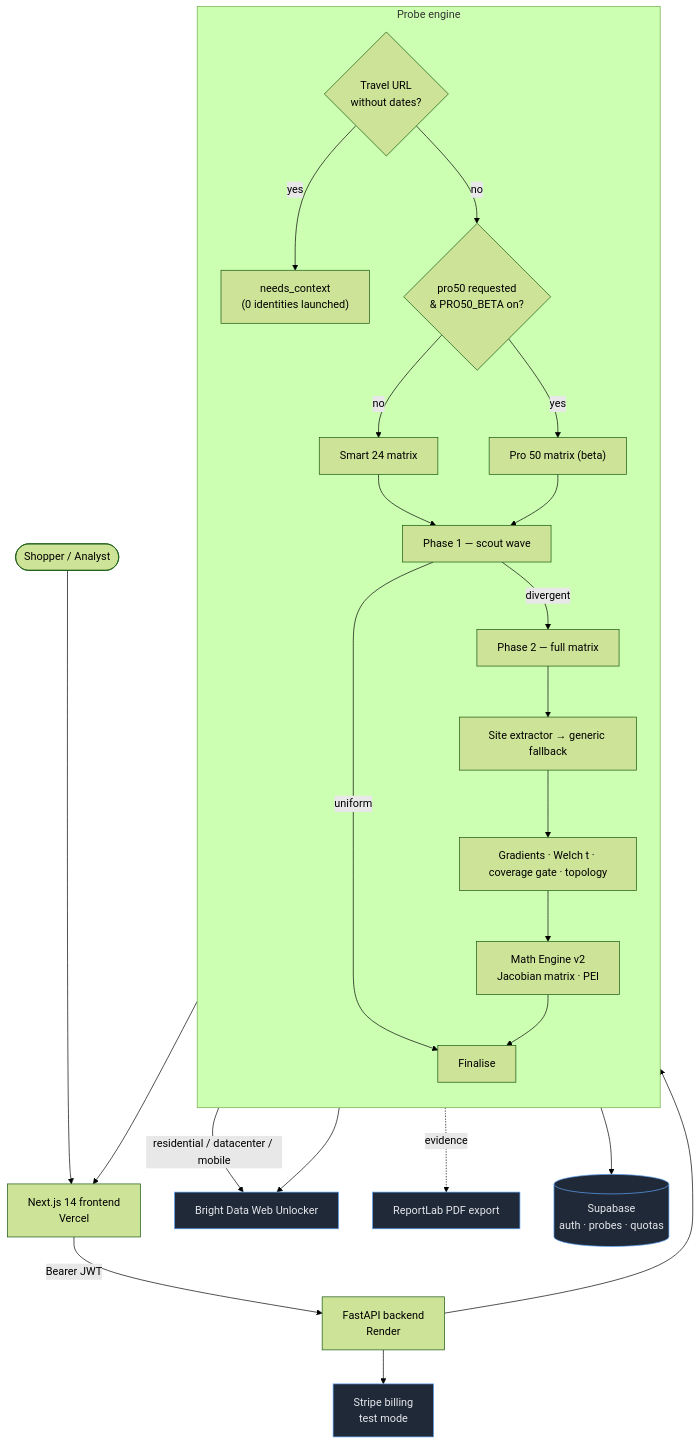
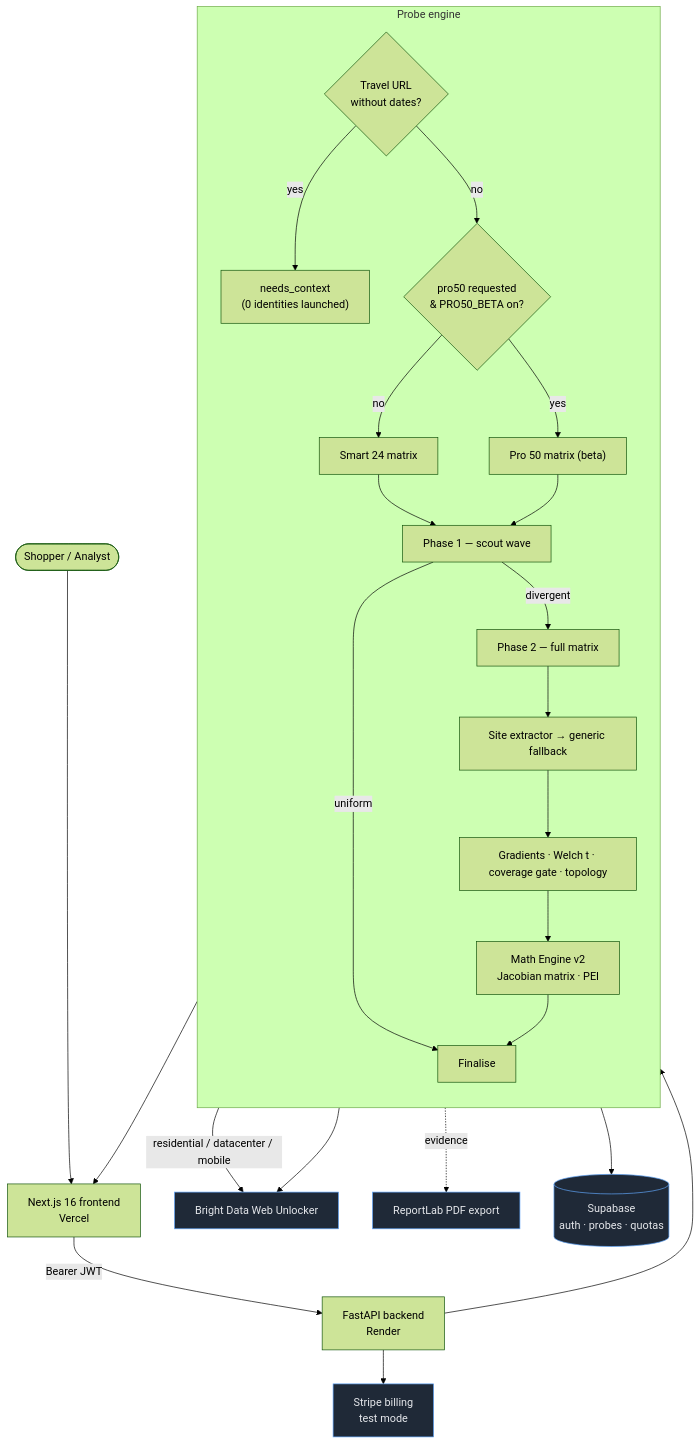
The diagram in README.md (Hussain800/Jacobi_mark3), drawn with Mermaid (forest theme) before and after one commit. The commit also changed other lines of this file and 86 other files, not shown here.

````diff
--- a/README.md
+++ b/README.md
@@ -523,33 +525,33 @@
 ```mermaid
 flowchart TB
-    User([Shopper / Analyst]) --> FE["Next.js 14 frontend<br/>Vercel"]
+    User([Shopper / Analyst]) --> FE["Next.js 16 frontend<br/>Vercel"]
     FE -->|"Bearer JWT"| API["FastAPI backend<br/>Render"]
 
     subgraph Engine["Probe engine"]
         direction TB
         Gate{"Travel URL<br/>without dates?"}
         Gate -->|yes| Ctx["needs_context<br/>(0 identities launched)"]
         Gate -->|no| Depth{"pro50 requested<br/>& PRO50_BETA on?"}
         Depth -->|no| Matrix24["Smart 24 matrix"]
         Depth -->|yes| Matrix50["Pro 50 matrix (beta)"]
         Matrix24 --> Phase1["Phase 1 — scout wave"]
         Matrix50 --> Phase1
         Phase1 -->|uniform| Final["Finalise"]
         Phase1 -->|divergent| Phase2["Phase 2 — full matrix"]
         Phase2 --> Extract["Site extractor → generic fallback"]
         Extract --> Stats["Gradients · Welch t · coverage gate · topology"]
         Stats --> MathV2["Math Engine v2<br/>Jacobian matrix · PEI"]
         MathV2 --> Final
     end
 
     API --> Engine
     Matrix24 -->|residential / datacenter / mobile| BD["Bright Data Web Unlocker"]
     Matrix50 --> BD
     Extract -. evidence .-> PDF["ReportLab PDF export"]
     Final --> DB[("Supabase<br/>auth · probes · quotas")]
     API --> Stripe["Stripe billing<br/>test mode"]
     Final --> FE
 
     classDef ext fill:#1f2937,stroke:#60a5fa,color:#e5e7eb;
     class BD,DB,Stripe,PDF ext;
 ```
````
